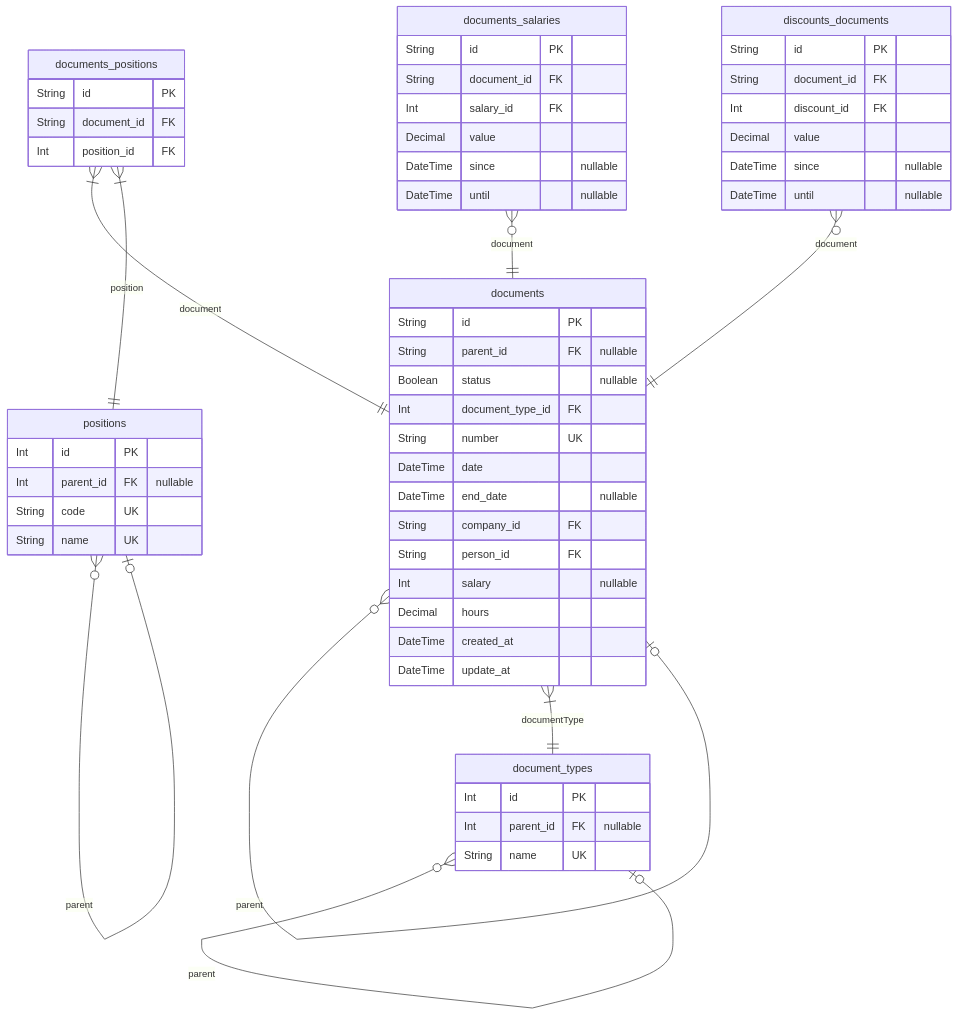
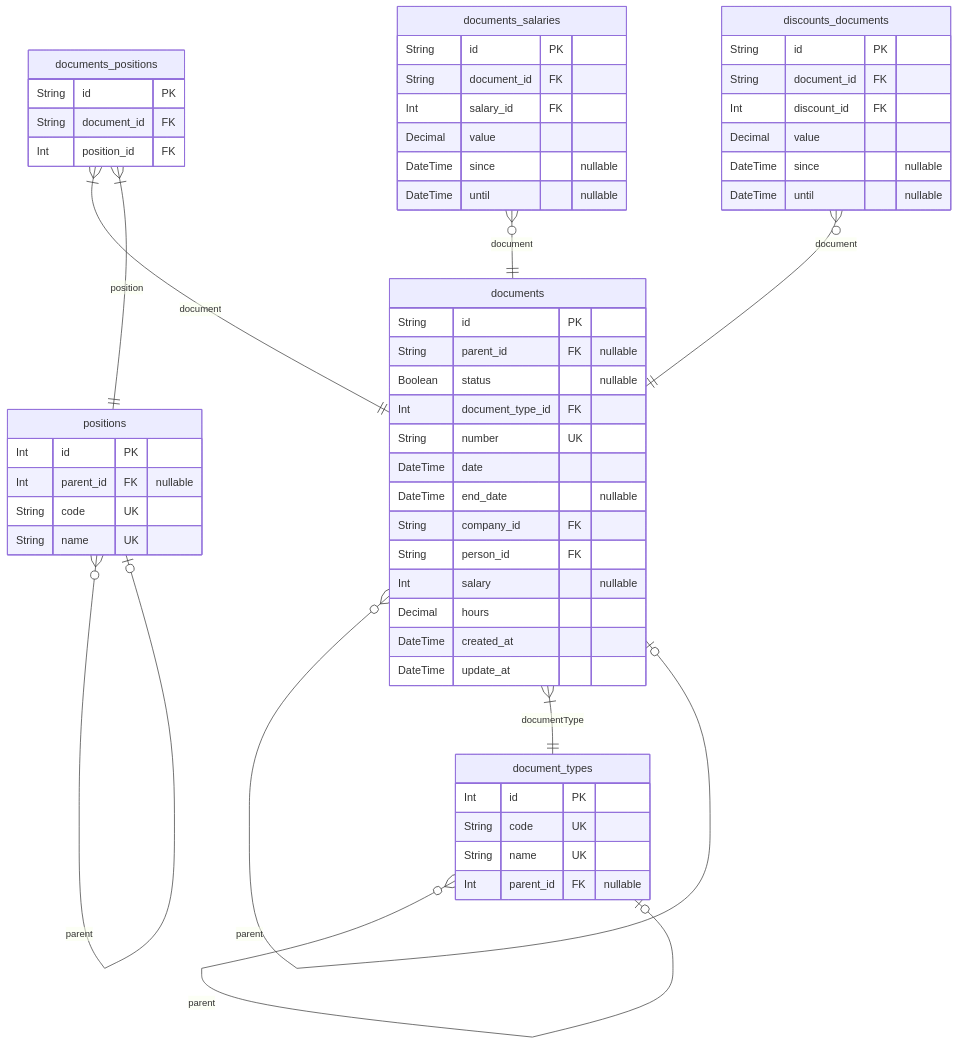
The second of 6 diagrams in apps/nodejs-prisma/prisma/schema/ERD.md (ngonet/apps), drawn with Mermaid before and after one commit. The commit also changed other lines of this file and 4 other files, not shown here.

````diff
--- a/apps/nodejs-prisma/prisma/schema/ERD.md
+++ b/apps/nodejs-prisma/prisma/schema/ERD.md
@@ -152,58 +152,59 @@
 ```mermaid
 erDiagram
 "document_types" {
   Int id PK
+  String code UK
+  String name UK
   Int parent_id FK "nullable"
-  String name UK
 }
 "positions" {
   Int id PK
   Int parent_id FK "nullable"
   String code UK
   String name UK
 }
 "documents" {
   String id PK
   String parent_id FK "nullable"
   Boolean status "nullable"
   Int document_type_id FK
   String number UK
   DateTime date
   DateTime end_date "nullable"
   String company_id FK
   String person_id FK
   Int salary "nullable"
   Decimal hours
   DateTime created_at
   DateTime update_at
 }
 "documents_positions" {
   String id PK
   String document_id FK
   Int position_id FK
 }
 "documents_salaries" {
   String id PK
   String document_id FK
   Int salary_id FK
   Decimal value
   DateTime since "nullable"
   DateTime until "nullable"
 }
 "discounts_documents" {
   String id PK
   String document_id FK
   Int discount_id FK
   Decimal value
   DateTime since "nullable"
   DateTime until "nullable"
 }
 "document_types" }o--o| "document_types" : parent
 "positions" }o--o| "positions" : parent
 "documents" }o--o| "documents" : parent
 "documents" }|--|| "document_types" : documentType
 "documents_positions" }|--|| "documents" : document
 "documents_positions" }|--|| "positions" : position
 "documents_salaries" }o--|| "documents" : document
 "discounts_documents" }o--|| "documents" : document
 ```
````
